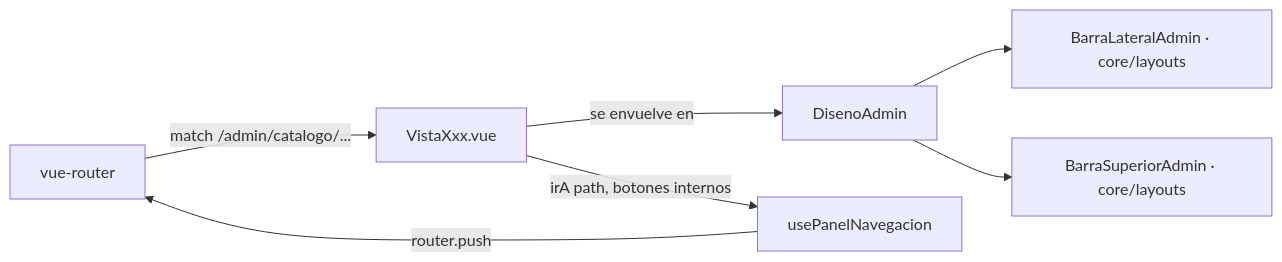
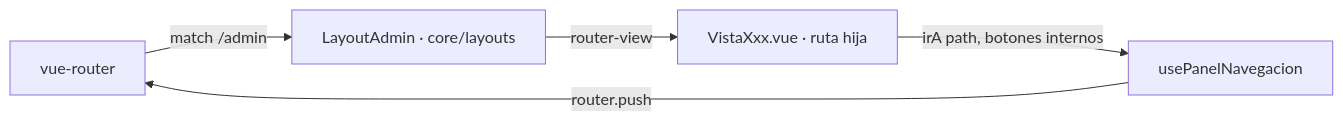
The third of 3 diagrams in frontend/src/modules/m01-dashboardcatalogo/ARQUITECTURA.md (pintuclic/pintuclic), drawn with Mermaid before and after one commit. The commit also changed other lines of this file and 115 other files, not shown here.

````diff
--- a/frontend/src/modules/m01-dashboardcatalogo/ARQUITECTURA.md
+++ b/frontend/src/modules/m01-dashboardcatalogo/ARQUITECTURA.md
@@ -145,9 +145,7 @@
 ```mermaid
 graph LR
-    R[vue-router] -->|match /admin/catalogo/...| V[VistaXxx.vue]
-    V -->|se envuelve en| DA[DisenoAdmin]
-    DA --> SL[BarraLateralAdmin · core/layouts]
-    DA --> ST[BarraSuperiorAdmin · core/layouts]
+    R[vue-router] -->|match /admin| LA[LayoutAdmin · core/layouts]
+    LA -->|router-view| V[VistaXxx.vue · ruta hija]
     V -->|irA path, botones internos| N[usePanelNavegacion]
     N -->|router.push| R
 ```
````
